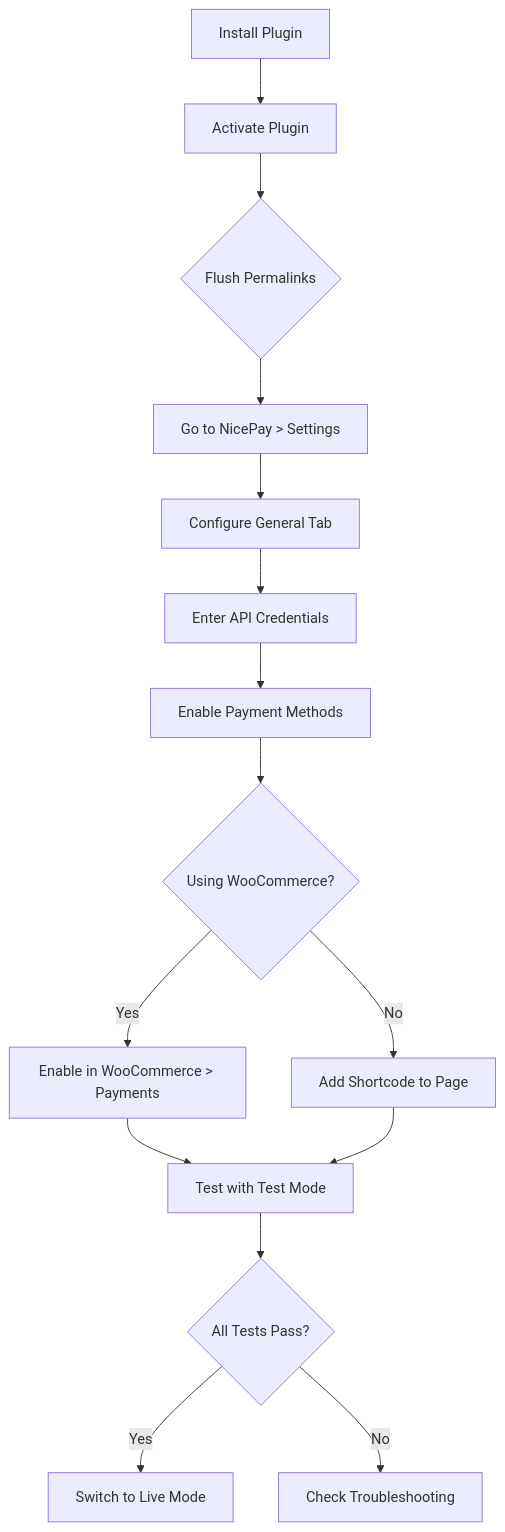
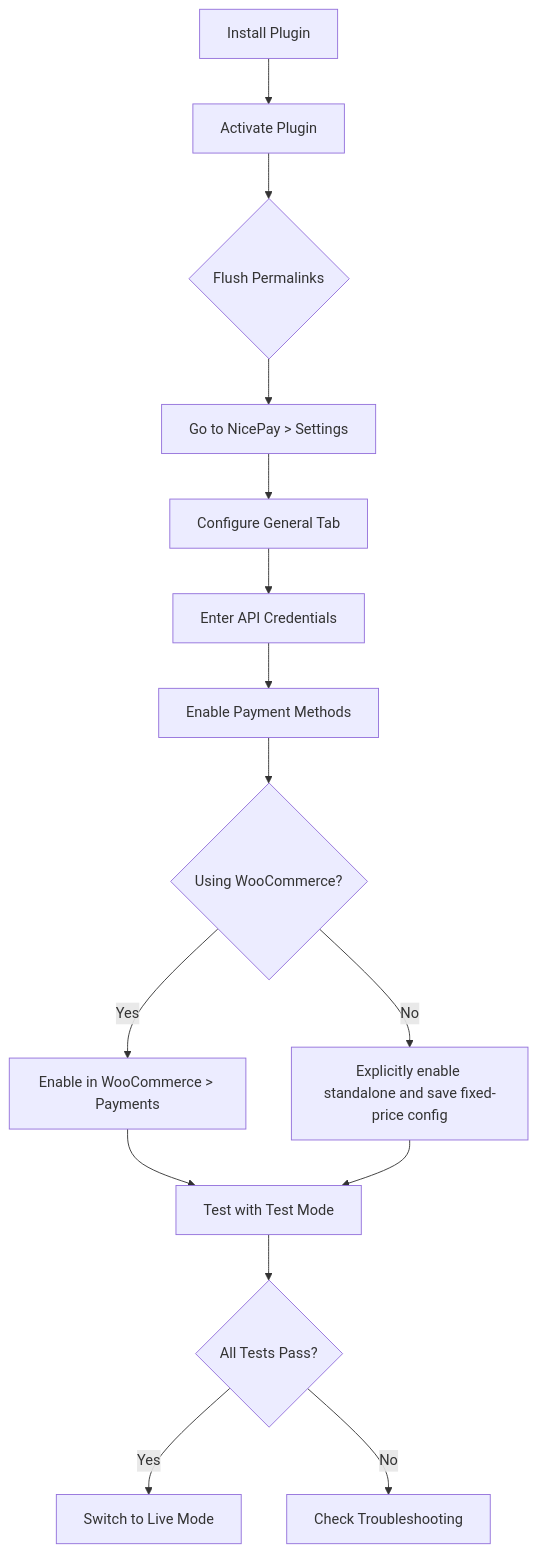
One commit to cemililik/nicepay-paymentgateway-wordpress-plugin changed the first of 4 diagrams in docs/CONFIGURATION.md. Above: the diagram before and after it, drawn with Mermaid. The commit also changed other lines of this file and 109 other files, not shown here.

````diff
--- a/docs/CONFIGURATION.md
+++ b/docs/CONFIGURATION.md
@@ -24,17 +28,17 @@
 ```mermaid
 flowchart TD
     A[Install Plugin] --> B[Activate Plugin]
     B --> C{Flush Permalinks}
     C --> D[Go to NicePay > Settings]
     D --> E[Configure General Tab]
     E --> F[Enter API Credentials]
     F --> G[Enable Payment Methods]
     G --> H{Using WooCommerce?}
     H -->|Yes| I[Enable in WooCommerce > Payments]
-    H -->|No| J[Add Shortcode to Page]
+    H -->|No| J[Explicitly enable standalone and save fixed-price config]
     I --> K[Test with Test Mode]
     J --> K
     K --> L{All Tests Pass?}
     L -->|Yes| M[Switch to Live Mode]
     L -->|No| N[Check Troubleshooting]
 ```
````
